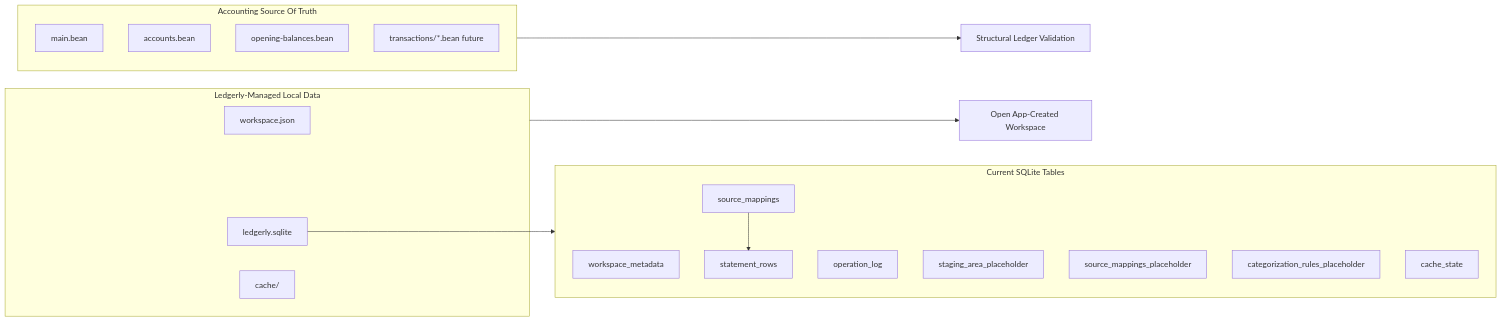
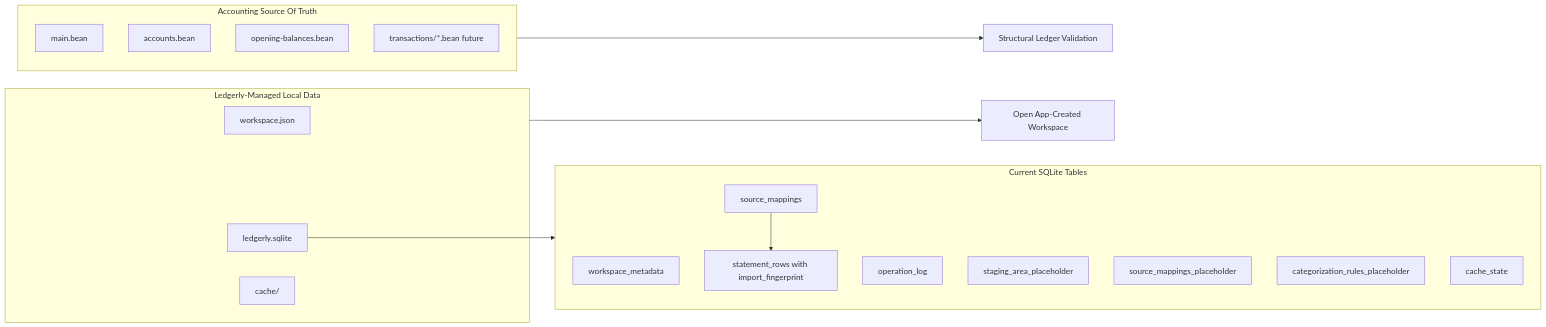
The third of 4 diagrams in docs/architecture.md (ryenski/Ledgerly-MVP), drawn with Mermaid before and after one commit. The commit also changed other lines of this file and 4 other files, not shown here.

First line of the commit message:
Deduplicate imported Statement Rows (#21)

````diff
--- a/docs/architecture.md
+++ b/docs/architecture.md
@@ -169,31 +169,31 @@
 ```mermaid
 flowchart LR
   subgraph SourceOfTruth[Accounting Source Of Truth]
     MainBean[main.bean]
     AccountsBean[accounts.bean]
     OpeningBalances[opening-balances.bean]
     FutureMonthly[transactions/*.bean future]
   end
 
   subgraph LedgerlyManaged[Ledgerly-Managed Local Data]
     Manifest[workspace.json]
     Sqlite[ledgerly.sqlite]
     Cache[cache/]
   end
 
   subgraph CurrentSqlite[Current SQLite Tables]
     Metadata[workspace_metadata]
     OperationLog[operation_log]
     SourceMappings[source_mappings]
-    StatementRows[statement_rows]
+    StatementRows[statement_rows with import_fingerprint]
     StagingPlaceholder[staging_area_placeholder]
     MappingPlaceholder[source_mappings_placeholder]
     RulesPlaceholder[categorization_rules_placeholder]
     CacheState[cache_state]
   end
 
   SourceOfTruth --> Validation[Structural Ledger Validation]
   LedgerlyManaged --> OpenWorkspace[Open App-Created Workspace]
   Sqlite --> CurrentSqlite
   SourceMappings --> StatementRows
 ```
````
